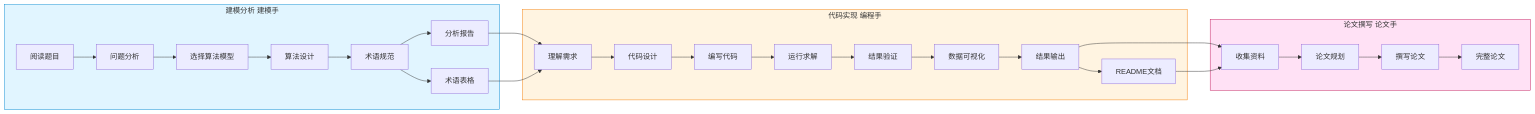
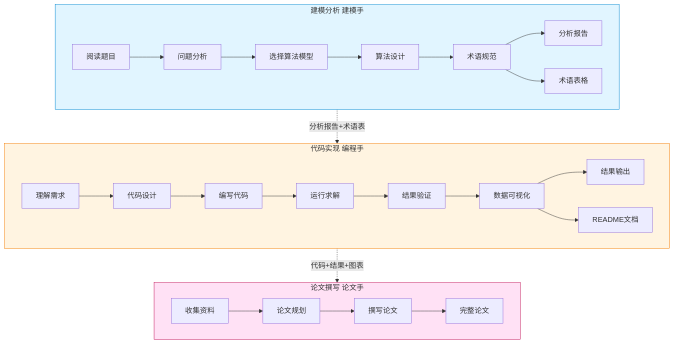
One commit to flyingyuya/math-modeling-skill changed the diagram in README.md. Above: the diagram before and after it, drawn with Mermaid. The commit also changed other lines of this file, not shown here.

````diff
--- a/README.md
+++ b/README.md
@@ -51,41 +65,27 @@
 ```mermaid
-flowchart LR
-    %% 建模分析阶段
+flowchart TB
     subgraph Modeling[建模分析 建模手]
-        A[阅读题目] --> B[问题分析]
-        B --> C[选择算法模型]
-        C --> D[算法设计]
-        D --> E[术语规范]
+        A[阅读题目] --> B[问题分析] --> C[选择算法模型] --> D[算法设计] --> E[术语规范]
         E --> F[分析报告]
         E --> G[术语表格]
     end
 
-    %% 代码实现阶段
+    Modeling -.->|分析报告+术语表| Coding
+
     subgraph Coding[代码实现 编程手]
-        H[理解需求] --> I[代码设计]
-        I --> J[编写代码]
-        J --> K[运行求解]
-        K --> L[结果验证]
+        H[理解需求] --> I[代码设计] --> J[编写代码] --> K[运行求解] --> L[结果验证]
         L --> M[数据可视化]
         M --> N[结果输出]
-        N --> O[README文档]
+        M --> O[README文档]
     end
 
-    %% 论文撰写阶段
+    Coding -.->|代码+结果+图表| Writing
+
     subgraph Writing[论文撰写 论文手]
-        P[收集资料] --> Q[论文规划]
-        Q --> R[撰写论文]
-        R --> S[完整论文]
+        P[收集资料] --> Q[论文规划] --> R[撰写论文] --> S[完整论文]
     end
 
-    %% 阶段连接
-    F --> H
-    G --> H
-    N --> P
-    O --> P
-
-    %% 样式
     style Modeling fill:#e1f5ff,stroke:#0288d1
     style Coding fill:#fff4e1,stroke:#f57c00
     style Writing fill:#ffe1f5,stroke:#c2185b
 ```
````
